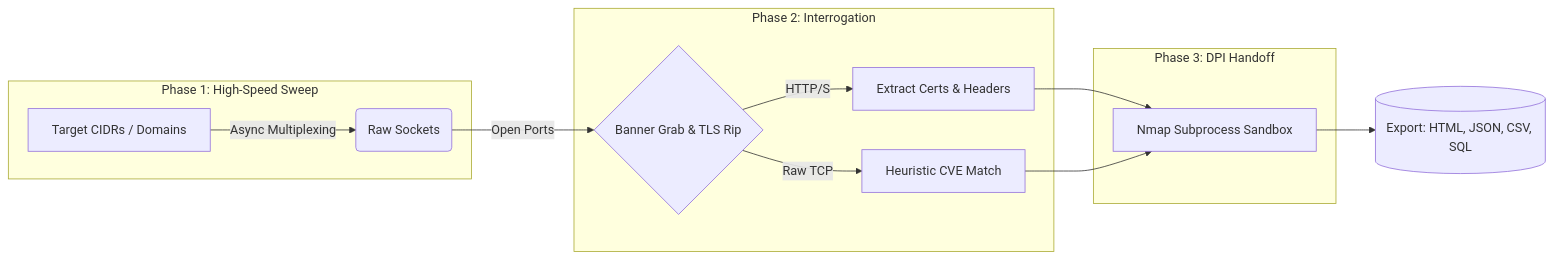
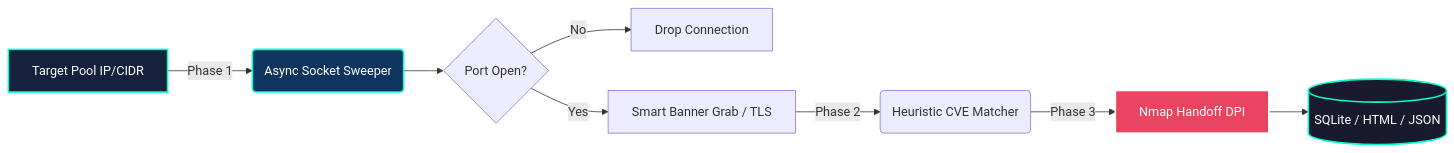
Before and after one commit to 5f20/omniscan-titan: the diagram in README.md, drawn with Mermaid. The commit also changed other lines of this file, not shown here.

````diff
--- a/README.md
+++ b/README.md
@@ -37,19 +45,15 @@
 ```mermaid
 graph LR
-    subgraph Phase 1: High-Speed Sweep
-    A[Target CIDRs / Domains] -->|Async Multiplexing| B(Raw Sockets)
-    end
+    A[Target Pool IP/CIDR] -->|Phase 1| B(Async Socket Sweeper)
+    B --> C{Port Open?}
+    C -->|No| D[Drop Connection]
+    C -->|Yes| E[Smart Banner Grab / TLS]
+    E -->|Phase 2| F(Heuristic CVE Matcher)
+    F -->|Phase 3| G[Nmap Handoff DPI]
+    G --> H[(SQLite / HTML / JSON)]
     
-    subgraph Phase 2: Interrogation
-    B -->|Open Ports| C{Banner Grab & TLS Rip}
-    C -->|HTTP/S| D[Extract Certs & Headers]
-    C -->|Raw TCP| E[Heuristic CVE Match]
-    end
-    
-    subgraph Phase 3: DPI Handoff
-    D --> F[Nmap Subprocess Sandbox]
-    E --> F
-    end
-    
-    F --> G[(Export: HTML, JSON, CSV, SQL)]
+    style A fill:#16213e,stroke:#00ffcc,stroke-width:2px,color:#fff
+    style B fill:#0f3460,stroke:#00ffcc,stroke-width:2px,color:#fff
+    style G fill:#e94560,stroke:#fff,stroke-width:2px,color:#fff
+    style H fill:#1a1a2e,stroke:#00ffcc,stroke-width:2px,color:#fff
 ```
````
